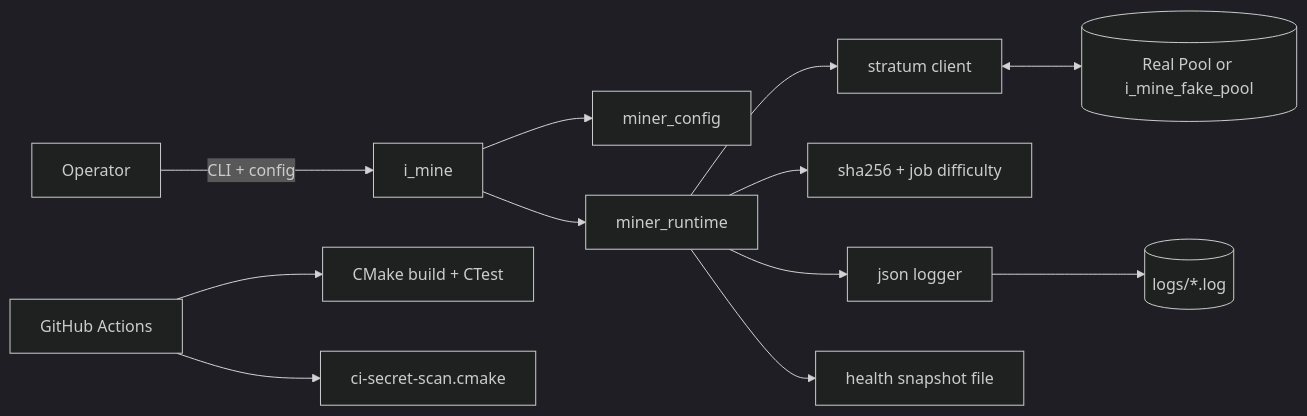
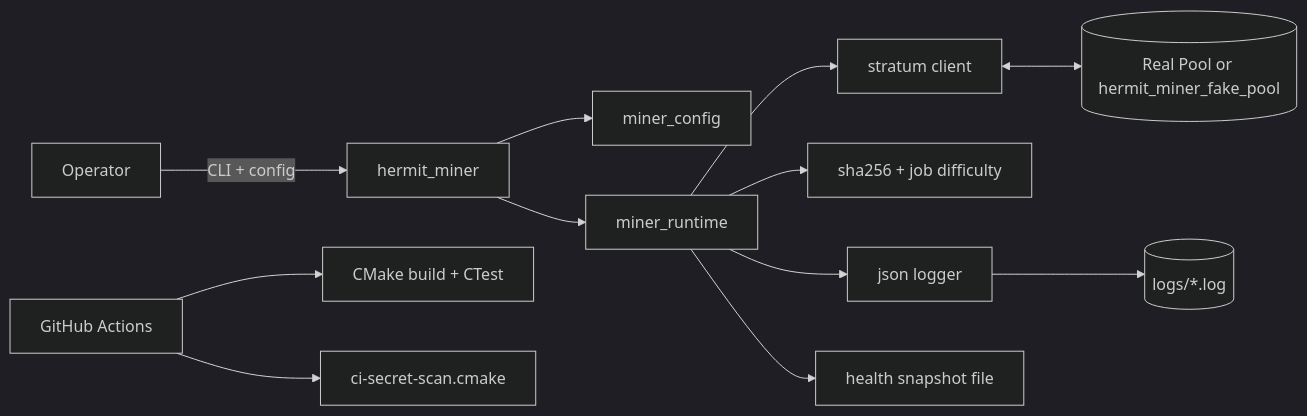
Before and after one commit to Calileus/hermit-miner: the diagram in ENTERPRISE_READINESS_REPORT.md, drawn with Mermaid (dark theme). The commit also changed other lines of this file and 19 other files, not shown here.

Commit message:
Renaming i_mine as hermit_miner

````diff
--- a/ENTERPRISE_READINESS_REPORT.md
+++ b/ENTERPRISE_READINESS_REPORT.md
@@ -31,14 +31,14 @@
 ```mermaid
 flowchart LR
-	Operator -->|CLI + config| Miner[i_mine]
+	Operator -->|CLI + config| Miner[hermit_miner]
 	Miner --> Config[miner_config]
 	Miner --> Runtime[miner_runtime]
 	Runtime --> Stratum[stratum client]
 	Runtime --> Hash[sha256 + job difficulty]
 	Runtime --> Logger[json logger]
-	Stratum <--> Pool[(Real Pool or i_mine_fake_pool)]
+	Stratum <--> Pool[(Real Pool or hermit_miner_fake_pool)]
 	Runtime --> Health[health snapshot file]
 	Logger --> Logs[(logs/*.log)]
 	CI[GitHub Actions] --> Build[CMake build + CTest]
 	CI --> SecretScan[ci-secret-scan.cmake]
 ```
````
